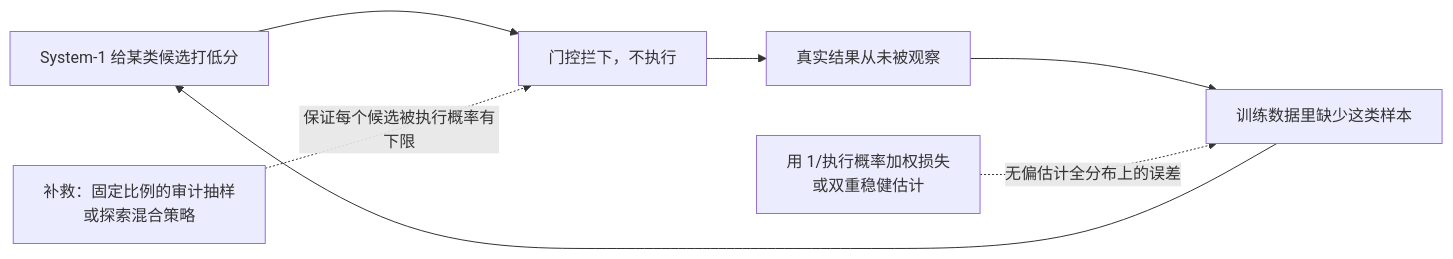
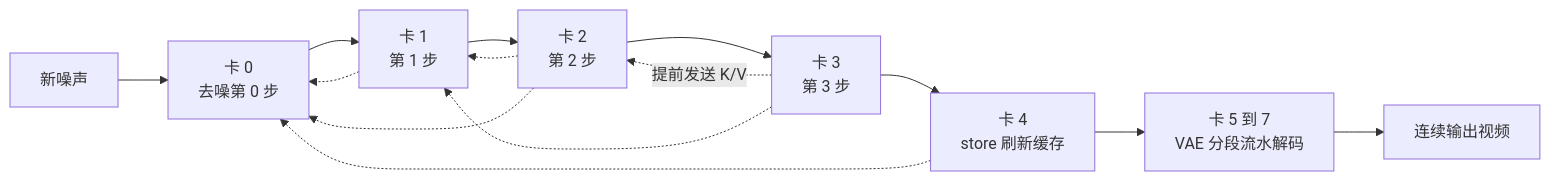
The fourth of 4 diagrams in docs/index.md (yingwang/paper-reads), drawn with Mermaid before and after one commit. The commit also changed other lines of this file and 2 other files, not shown here.

````diff
--- a/docs/index.md
+++ b/docs/index.md
@@ -255,9 +162,16 @@
 ```mermaid
 flowchart LR
-    A["System-1 给某类候选打低分"] --> B["门控拦下，不执行"]
-    B --> C["真实结果从未被观察"]
-    C --> D["训练数据里缺少这类样本"]
-    D --> A
-    E["补救：固定比例的审计抽样<br/>或探索混合策略"] -.->|"保证每个候选被执行概率有下限"| B
-    F["用 1/执行概率加权损失<br/>或双重稳健估计"] -.->|"无偏估计全分布上的误差"| D
+    N["新噪声"] --> R0["卡 0<br/>去噪第 0 步"]
+    R0 --> R1["卡 1<br/>第 1 步"]
+    R1 --> R2["卡 2<br/>第 2 步"]
+    R2 --> R3["卡 3<br/>第 3 步"]
+    R3 --> ST["卡 4<br/>store 刷新缓存"]
+    ST --> V["卡 5 到 7<br/>VAE 分段流水解码"]
+    V --> O["连续输出视频"]
+    R3 -.->|"提前发送 K/V"| R2
+    R3 -.-> R1
+    R2 -.-> R1
+    R2 -.-> R0
+    R1 -.-> R0
+    ST -.-> R0
 ```
````
